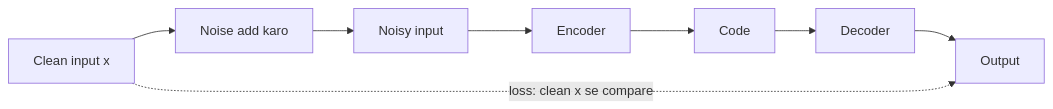
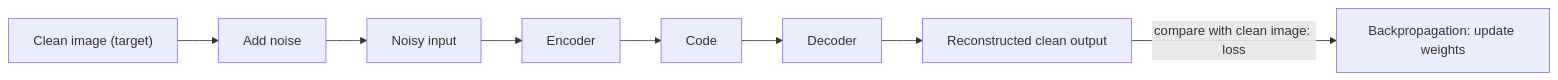
The diagram in content/deep-learning/pyq/2024-12/q1d.hi.mdx (TrendySloth1001/sem-seven-notes), drawn with Mermaid before and after one commit. The commit also changed other lines of this file and 254 other files, not shown here.

Commit message:
Rewrite the backpropagation, gradient descent, regularization and autoencoder notes and their 29 answers from the teachers' class files. They use 185 teacher figures with class-notes citations only, and correct the AdaGrad, RMSProp, Nesterov and batch-norm numbers on the slides.

````diff
--- a/content/deep-learning/pyq/2024-12/q1d.hi.mdx
+++ b/content/deep-learning/pyq/2024-12/q1d.hi.mdx
@@ -16,11 +13,11 @@
 ```mermaid
-%% caption: Loss output ko noisy input se nahi, clean input se compare karta hai.
+%% caption: Denoising autoencoder. Input noisy hai par loss clean image ke against calculate hota hai.
 flowchart LR
-  X["Clean input x"] --> N["Noise add karo"]
-  N --> Y["Noisy input"]
-  Y --> E["Encoder"]
-  E --> C["Code"]
-  C --> D["Decoder"]
-  D --> O["Output"]
-  X -.->|"loss: clean x se compare"| O
+  A["Clean image (target)"] --> B["Add noise"]
+  B --> C["Noisy input"]
+  C --> D["Encoder"]
+  D --> E["Code"]
+  E --> F["Decoder"]
+  F --> G["Reconstructed clean output"]
+  G -->|"compare with clean image: loss"| H["Backpropagation: update weights"]
 ```
````
